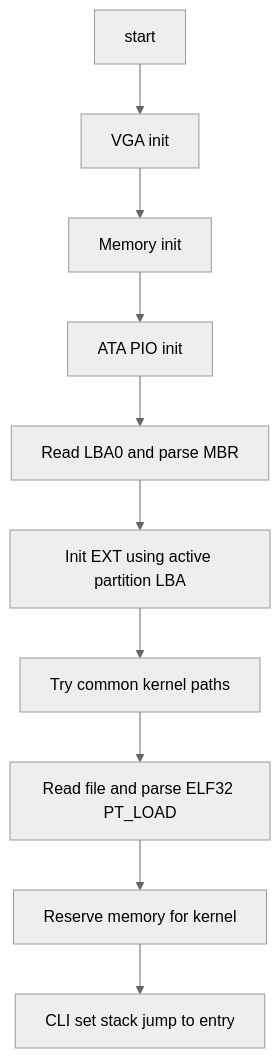
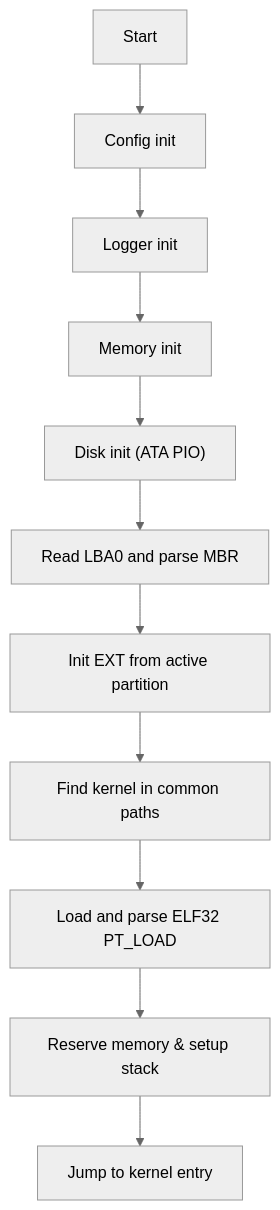
Before and after one commit to KushalMeghani1644/RustyBoot: the diagram in README.md, drawn with Mermaid (neutral theme). The commit also changed other lines of this file, not shown here.

````diff
--- a/README.md
+++ b/README.md
@@ -37,12 +47,13 @@
 ```mermaid
 flowchart TD
-  A[start] --> B[VGA init]
-  B --> C[Memory init]
-  C --> D[ATA PIO init]
-  D --> E[Read LBA0 and parse MBR]
-  E --> F[Init EXT using active partition LBA]
-  F --> G[Try common kernel paths]
-  G --> H[Read file and parse ELF32 PT_LOAD]
-  H --> I[Reserve memory for kernel]
-  I --> J[CLI set stack jump to entry]
+  A["Start"] --> B["Config init"]
+  B --> C["Logger init"]
+  C --> D["Memory init"]
+  D --> E["Disk init (ATA PIO)"]
+  E --> F["Read LBA0 and parse MBR"]
+  F --> G["Init EXT from active partition"]
+  G --> H["Find kernel in common paths"]
+  H --> I["Load and parse ELF32 PT_LOAD"]
+  I --> J["Reserve memory & setup stack"]
+  J --> K["Jump to kernel entry"]
 ```
````
